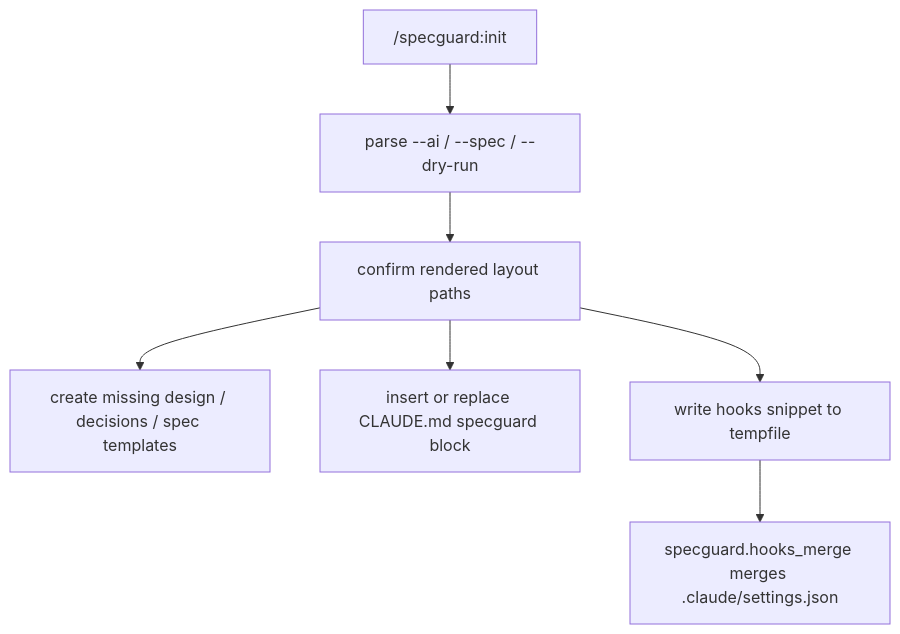
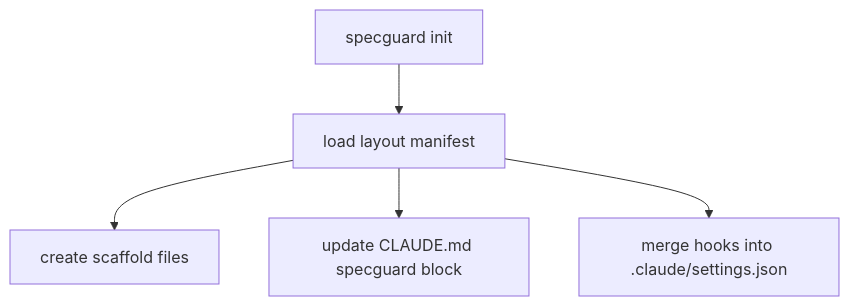
Before and after one commit to saberhaha/specguard: the second of 3 diagrams in docs/specguard/design.md, drawn with Mermaid. The commit also changed other lines of this file and 7 other files, not shown here.

````diff
--- a/docs/specguard/design.md
+++ b/docs/specguard/design.md
@@ -43,9 +38,7 @@
 ```mermaid
 flowchart TD
-  A["/specguard:init"] --> B["parse --ai / --spec / --dry-run"]
-  B --> C[confirm rendered layout paths]
-  C --> D[create missing design / decisions / spec templates]
-  C --> E[insert or replace CLAUDE.md specguard block]
-  C --> F[write hooks snippet to tempfile]
-  F --> G["specguard.hooks_merge merges .claude/settings.json"]
+  A["specguard init"] --> B["load layout manifest"]
+  B --> C[create scaffold files]
+  B --> D[update CLAUDE.md specguard block]
+  B --> E[merge hooks into .claude/settings.json]
 ```
````
